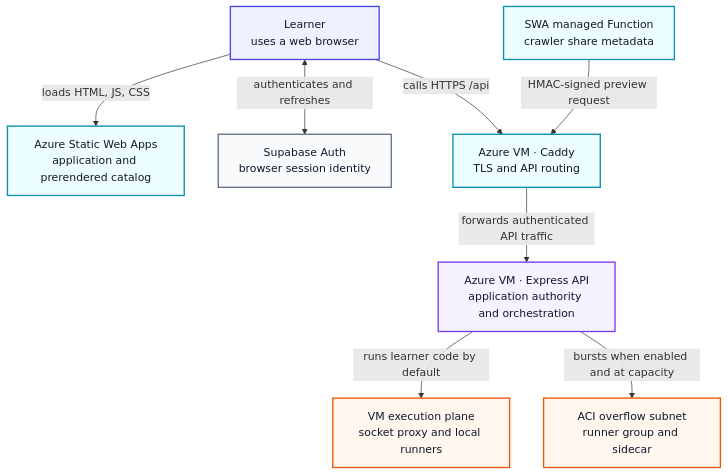
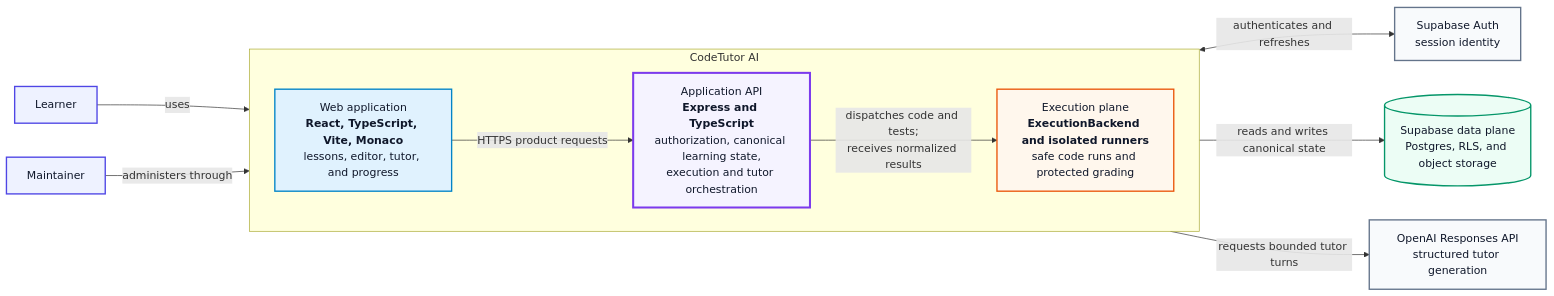
The second of 7 diagrams in docs/ARCHITECTURE.md (msrivas-7/CodeTutor-AI), drawn with Mermaid before and after one commit. The commit also changed other lines of this file, not shown here.

Commit message:
docs: refresh architecture diagram views (#44)

````diff
--- a/docs/ARCHITECTURE.md
+++ b/docs/ARCHITECTURE.md
@@ -112,33 +106,40 @@
 ```mermaid
 %%{init: {"flowchart":{"curve":"basis","htmlLabels":true}}}%%
-flowchart TB
-  accTitle: CodeTutor AI production topology
-  accDescr: Shows the browser, static web edge, authentication, API ingress, application authority, and local or overflow execution planes.
-  learner["Learner<br/>uses a web browser"]
-  swa["Azure Static Web Apps<br/>application and prerendered catalog"]
-  sharefn["SWA managed Function<br/>crawler share metadata"]
-  auth["Supabase Auth<br/>browser session identity"]
-  caddy["Azure VM · Caddy<br/>TLS and API routing"]
-  api["Azure VM · Express API<br/>application authority and orchestration"]
-  local["VM execution plane<br/>socket proxy and local runners"]
-  aci["ACI overflow subnet<br/>runner group and sidecar"]
+flowchart LR
+  accTitle: CodeTutor AI container architecture
+  accDescr: Shows the primary interactive applications, data boundaries, external providers, and their responsibilities.
+  learner["Learner"]
+  operator["Maintainer"]
 
-  learner -->|"loads HTML, JS, CSS"| swa
-  learner <-->|"authenticates and refreshes"| auth
-  learner -->|"calls HTTPS /api"| caddy
-  caddy -->|"forwards authenticated API traffic"| api
-  sharefn -->|"HMAC-signed preview request"| caddy
-  api -->|"runs learner code by default"| local
-  api -->|"bursts when enabled and at capacity"| aci
+  subgraph system["CodeTutor AI"]
+    direction LR
+    web["Web application<br/><b>React, TypeScript, Vite, Monaco</b><br/>lessons, editor, tutor, and progress"]
+    api["Application API<br/><b>Express and TypeScript</b><br/>authorization, canonical learning state,<br/>execution and tutor orchestration"]
+    execution["Execution plane<br/><b>ExecutionBackend and isolated runners</b><br/>safe code runs and protected grading"]
+  end
 
-  classDef client fill:#eef2ff,stroke:#4f46e5,color:#0f172a,stroke-width:2px;
-  classDef edgeNode fill:#ecfeff,stroke:#0891b2,color:#0f172a,stroke-width:2px;
-  classDef app fill:#f5f3ff,stroke:#7c3aed,color:#0f172a,stroke-width:2px;
+  auth["Supabase Auth<br/>session identity"]
+  data[("Supabase data plane<br/>Postgres, RLS, and object storage")]
+  openai["OpenAI Responses API<br/>structured tutor generation"]
+
+  learner -->|"uses"| web
+  operator -->|"administers through"| web
+  web <-->|"authenticates and refreshes"| auth
+  web -->|"HTTPS product requests"| api
+  api -->|"reads and writes canonical state"| data
+  api -->|"dispatches code and tests;<br/>receives normalized results"| execution
+  api -->|"requests bounded tutor turns"| openai
+
+  classDef person fill:#eef2ff,stroke:#4f46e5,color:#0f172a,stroke-width:2px;
+  classDef client fill:#e0f2fe,stroke:#0284c7,color:#0f172a,stroke-width:2px;
+  classDef authority fill:#f5f3ff,stroke:#7c3aed,color:#0f172a,stroke-width:3px;
   classDef compute fill:#fff7ed,stroke:#ea580c,color:#0f172a,stroke-width:2px;
-  classDef managed fill:#f8fafc,stroke:#64748b,color:#0f172a,stroke-width:2px;
-  class learner client;
-  class swa,sharefn,caddy edgeNode;
-  class api app;
-  class auth managed;
-  class local,aci compute;
+  classDef dataNode fill:#ecfdf5,stroke:#059669,color:#0f172a,stroke-width:2px;
+  classDef external fill:#f8fafc,stroke:#64748b,color:#0f172a,stroke-width:2px;
+  class learner,operator person;
+  class web client;
+  class api authority;
+  class execution compute;
+  class data dataNode;
+  class auth,openai external;
 ```
````
